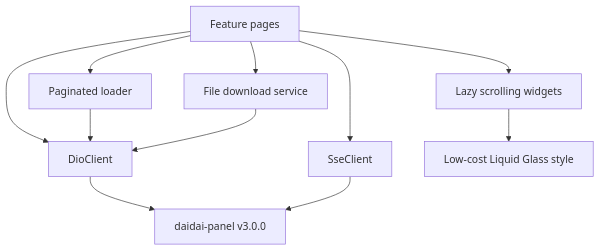
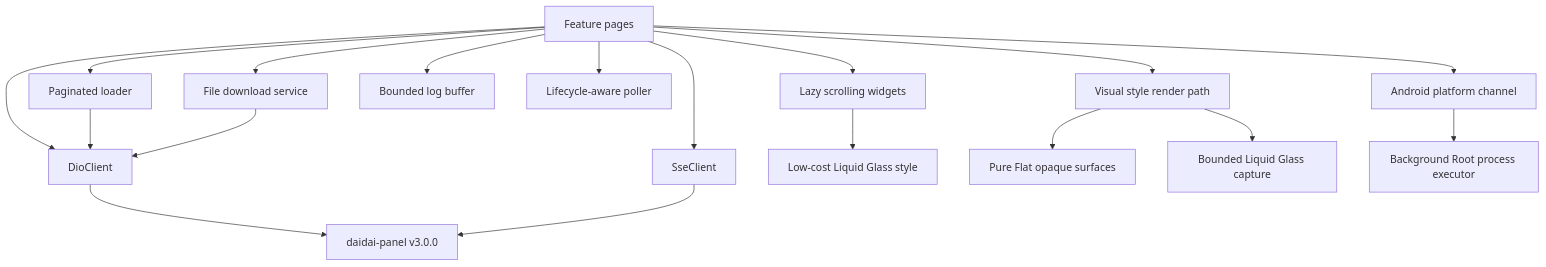
One commit to tall-1997/daidai-flutter changed the diagram in .monkeycode/specs/2026-08-08-v3-stability-performance/design.md. Above: the diagram before and after it, drawn with Mermaid. The commit also changed other lines of this file and 22 other files, not shown here.

````diff
--- a/.monkeycode/specs/2026-08-08-v3-stability-performance/design.md
+++ b/.monkeycode/specs/2026-08-08-v3-stability-performance/design.md
@@ -12,13 +12,20 @@
 ```mermaid
 graph TD
     A["Feature pages"] --> B["DioClient"]
     A --> C["Paginated loader"]
     A --> D["SseClient"]
     B --> E["daidai-panel v3.0.0"]
     C --> B
     D --> E
     A --> F["Lazy scrolling widgets"]
     F --> G["Low-cost Liquid Glass style"]
     A --> H["File download service"]
     H --> B
+    A --> I["Bounded log buffer"]
+    A --> J["Lifecycle-aware poller"]
+    A --> K["Visual style render path"]
+    K --> L["Pure Flat opaque surfaces"]
+    K --> M["Bounded Liquid Glass capture"]
+    A --> N["Android platform channel"]
+    N --> O["Background Root process executor"]
 ```
````
